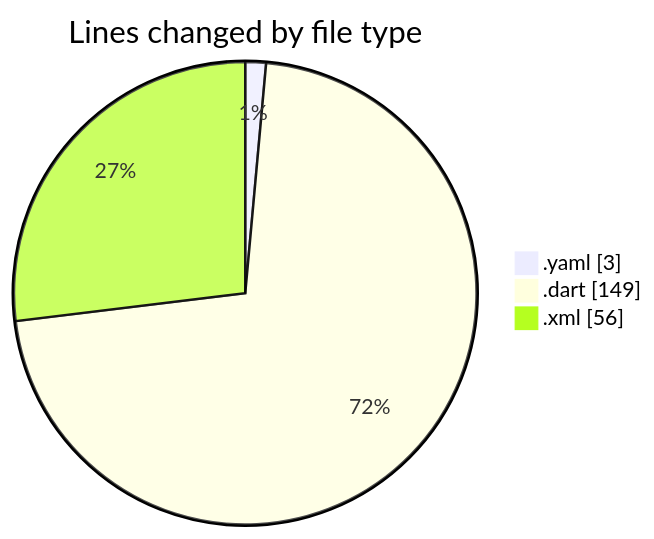
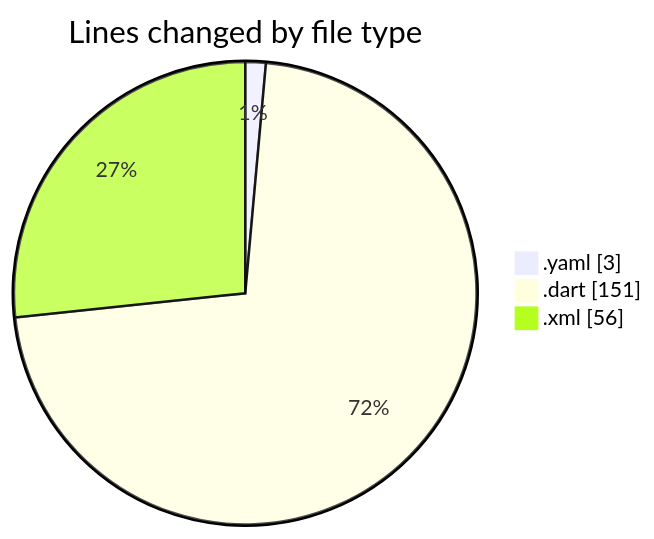
One commit to donsfak/code-tracking changed the first of 2 diagrams in 2025-02-27/drivers_app/README.md. Above: the diagram before and after it, drawn with Mermaid. The commit also changed other lines of this file and 1 other file, not shown here.

````diff
--- a/2025-02-27/drivers_app/README.md
+++ b/2025-02-27/drivers_app/README.md
@@ -23,7 +23,7 @@
 ```mermaid
 pie showData
 title Lines changed by file type
 ".yaml" : 3
-".dart" : 149
+".dart" : 151
 ".xml" : 56
 ```
````
